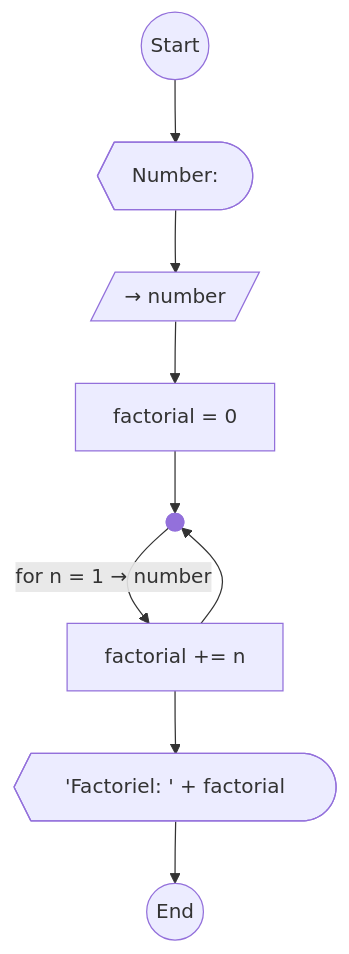
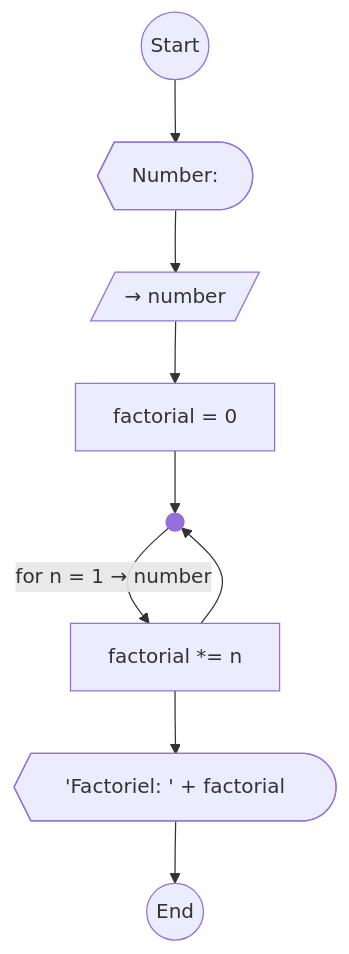
Diagram 13 of 13 in Team Panoptes Classes/UML/Diagramme de flux.md (Team-Panoptes/classes), drawn with Mermaid before and after one commit. The commit also changed other lines of this file and 5 other files, not shown here.

Commit message:
update classes diagram

````diff
--- a/Team Panoptes Classes/UML/Diagramme de flux.md
+++ b/Team Panoptes Classes/UML/Diagramme de flux.md
@@ -217,13 +220,13 @@
 ```mermaid
 flowchart TB
 
 S((Start)) --> ANum@{ label: "Number: ", shape: curv-trap}
 ANum --> GNum[/→ number/] 
 GNum --> SFac[factorial = 0]
 SFac --> For@{shape: f-circ, label: "test" }
-UFac[factorial += n] --> For
+UFac[factorial *= n] --> For
 For -- for n = 1 → number --> UFac
 UFac --> PFac@{ label: "'Factoriel: ' + factorial", shape: curv-trap} --> E((End))
 
 
 ```
````
